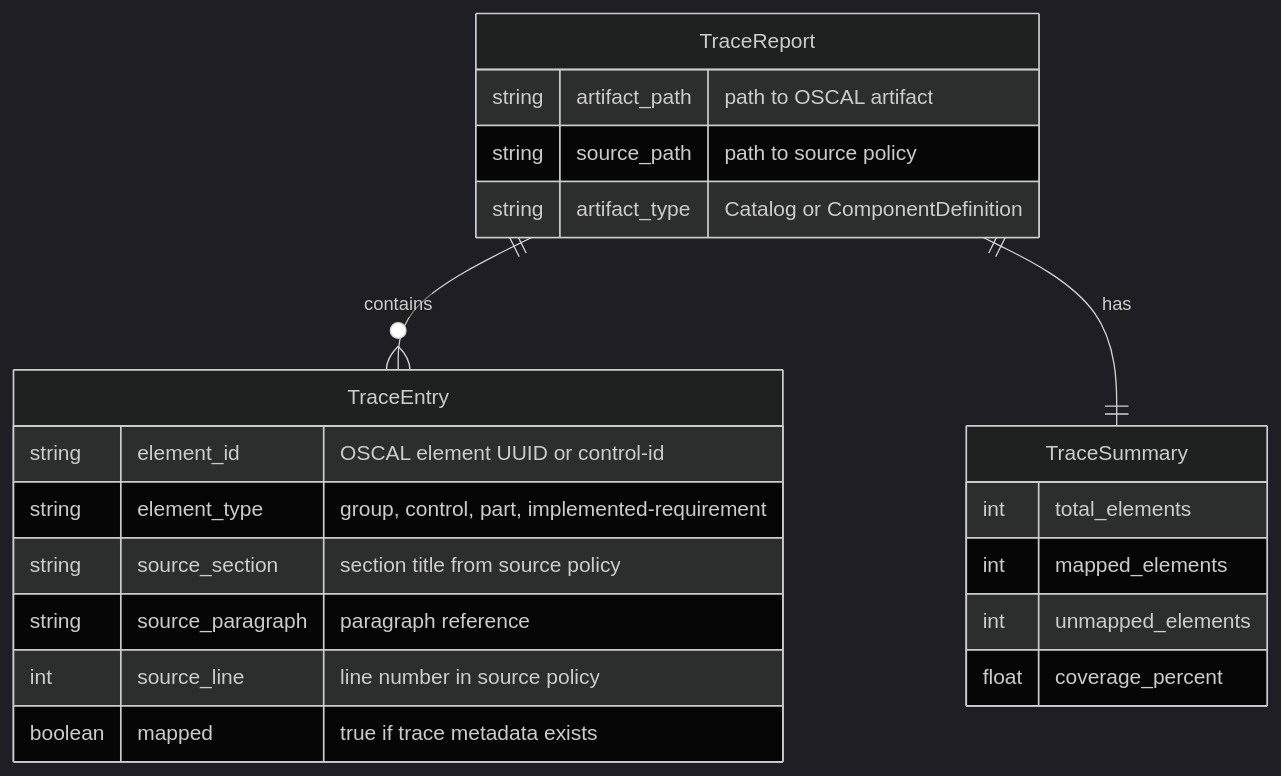
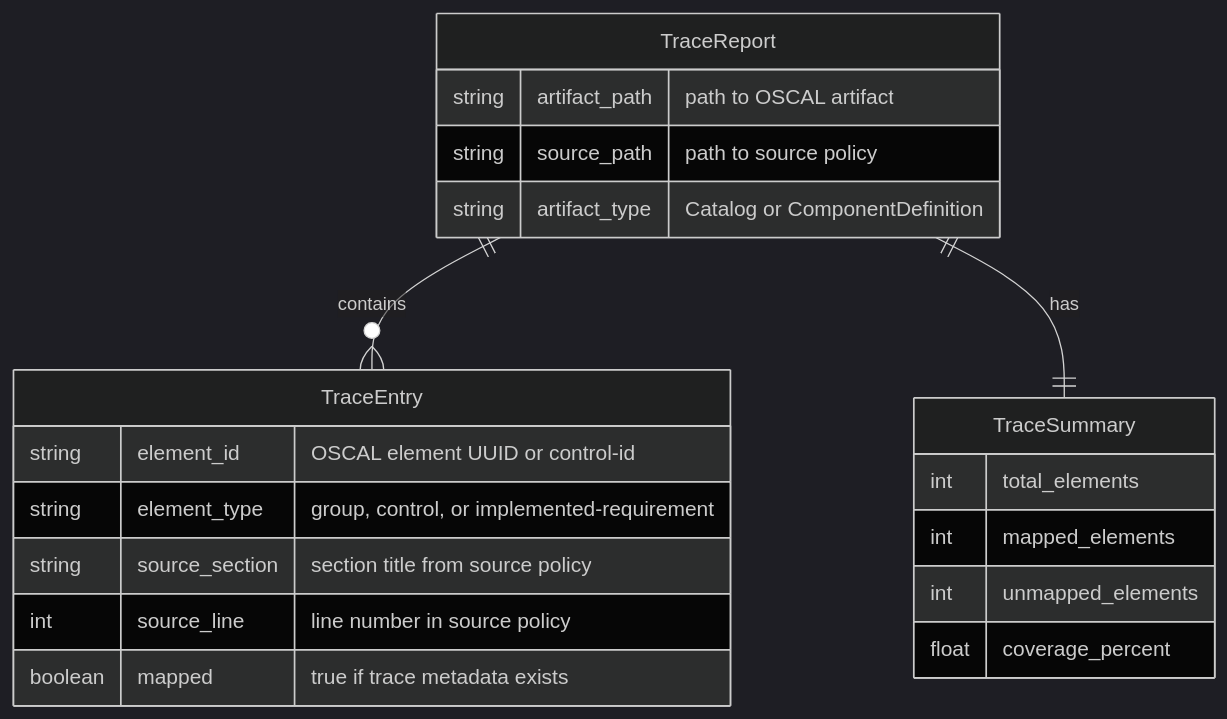
Before and after one commit to policy-forge/forge: the second of 3 diagrams in docs/PRD/038-prd-traceability-report.md, drawn with Mermaid (dark theme). The commit also changed other lines of this file and 24 other files, not shown here.

````diff
--- a/docs/PRD/038-prd-traceability-report.md
+++ b/docs/PRD/038-prd-traceability-report.md
@@ -235,25 +235,24 @@
 ```mermaid
 erDiagram
     TraceReport ||--o{ TraceEntry : contains
     TraceReport ||--|| TraceSummary : has
 
     TraceReport {
         string artifact_path "path to OSCAL artifact"
         string source_path "path to source policy"
         string artifact_type "Catalog or ComponentDefinition"
     }
     TraceEntry {
         string element_id "OSCAL element UUID or control-id"
-        string element_type "group, control, part, implemented-requirement"
+        string element_type "group, control, or implemented-requirement"
         string source_section "section title from source policy"
-        string source_paragraph "paragraph reference"
         int source_line "line number in source policy"
         boolean mapped "true if trace metadata exists"
     }
     TraceSummary {
         int total_elements
         int mapped_elements
         int unmapped_elements
         float coverage_percent
     }
 ```
````
